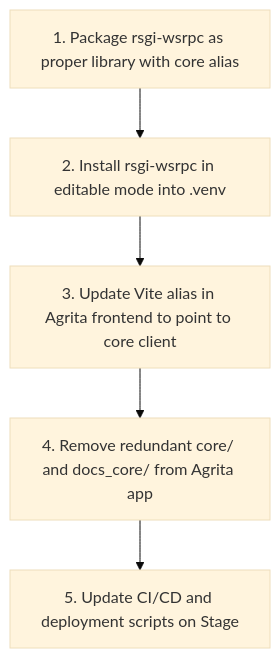
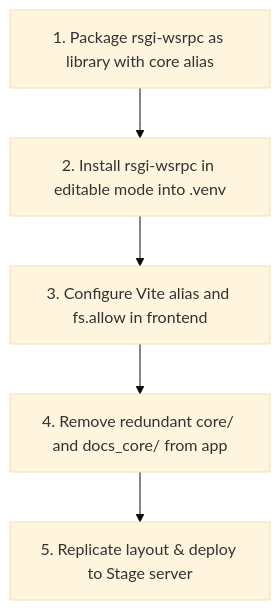
The diagram in docs/rfc/0004-multiproject-workspace-and-zero-duality.md (atitoff-dotcom/rsgi-wsrpc), drawn with Mermaid (base theme) before and after one commit. The commit also changed other lines of this file and 1 other file, not shown here.

Commit message:
docs(rfc): expand RFC 0004 with User autonomy, Vite fs.allow, and Stage symmetry

````diff
--- a/docs/rfc/0004-multiproject-workspace-and-zero-duality.md
+++ b/docs/rfc/0004-multiproject-workspace-and-zero-duality.md
@@ -231,7 +334,7 @@
 ```mermaid
 graph TD
-    Step1[1. Package rsgi-wsrpc as proper library with core alias] --> Step2[2. Install rsgi-wsrpc in editable mode into .venv]
-    Step2 --> Step3[3. Update Vite alias in Agrita frontend to point to core client]
-    Step3 --> Step4[4. Remove redundant core/ and docs_core/ from Agrita app]
-    Step4 --> Step5[5. Update CI/CD and deployment scripts on Stage]
+    Step1[1. Package rsgi-wsrpc as library with core alias] --> Step2[2. Install rsgi-wsrpc in editable mode into .venv]
+    Step2 --> Step3[3. Configure Vite alias and fs.allow in frontend]
+    Step3 --> Step4[4. Remove redundant core/ and docs_core/ from app]
+    Step4 --> Step5[5. Replicate layout & deploy to Stage server]
 ```
````
